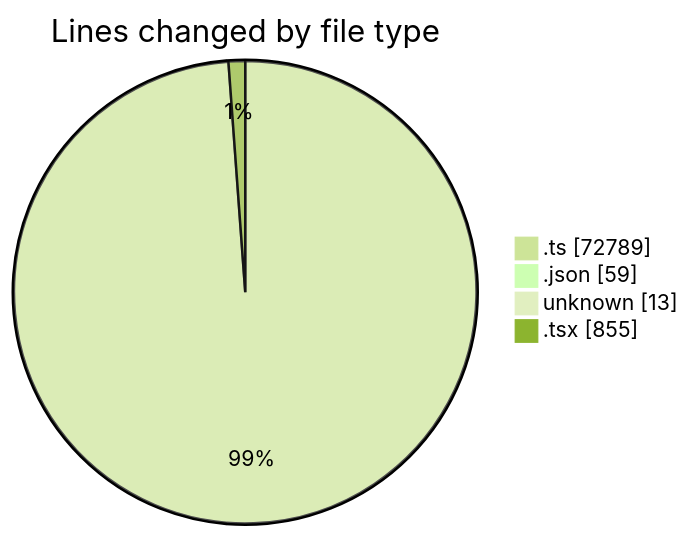
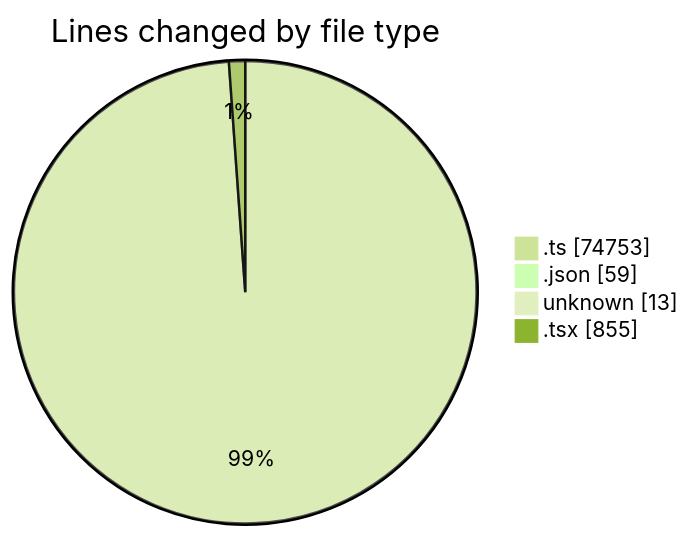
The first of 2 diagrams in 2025-09-09/cda/README.md (momahboobian/code-tracking), drawn with Mermaid (forest theme) before and after one commit. The commit also changed other lines of this file and 1 other file, not shown here.

````diff
--- a/2025-09-09/cda/README.md
+++ b/2025-09-09/cda/README.md
@@ -126,8 +126,8 @@
 ```mermaid
 pie showData
 title Lines changed by file type
-".ts" : 72789
+".ts" : 74753
 ".json" : 59
 "unknown" : 13
 ".tsx" : 855
 ```
````
